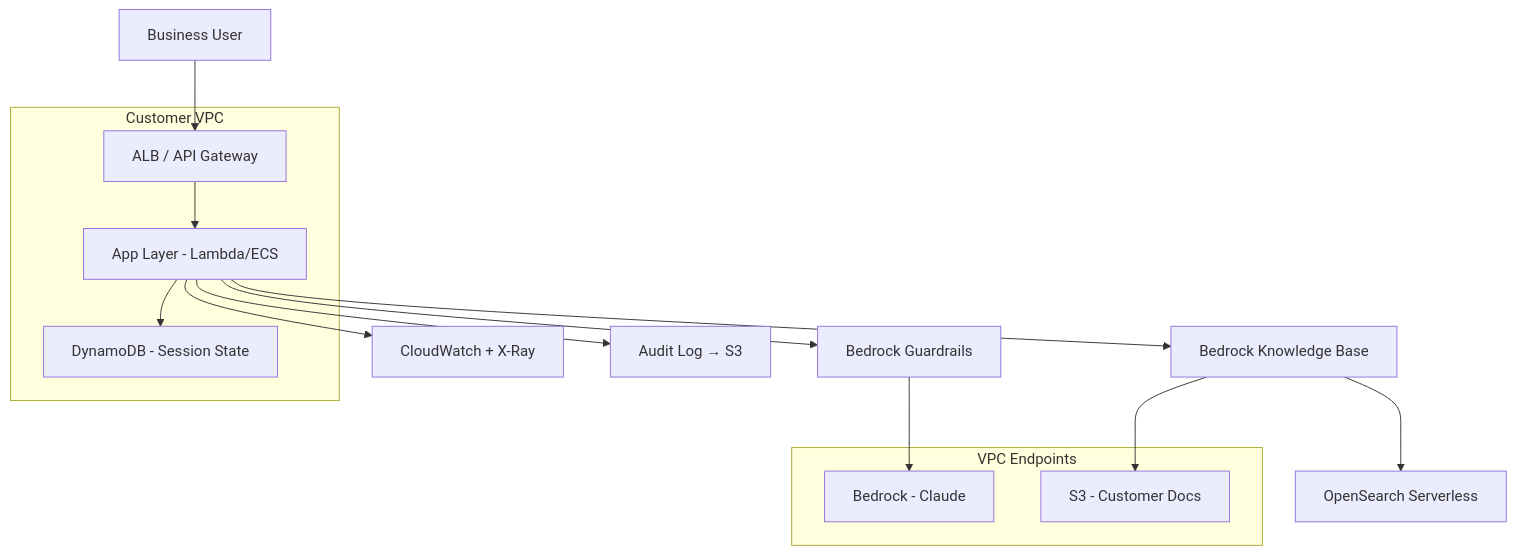
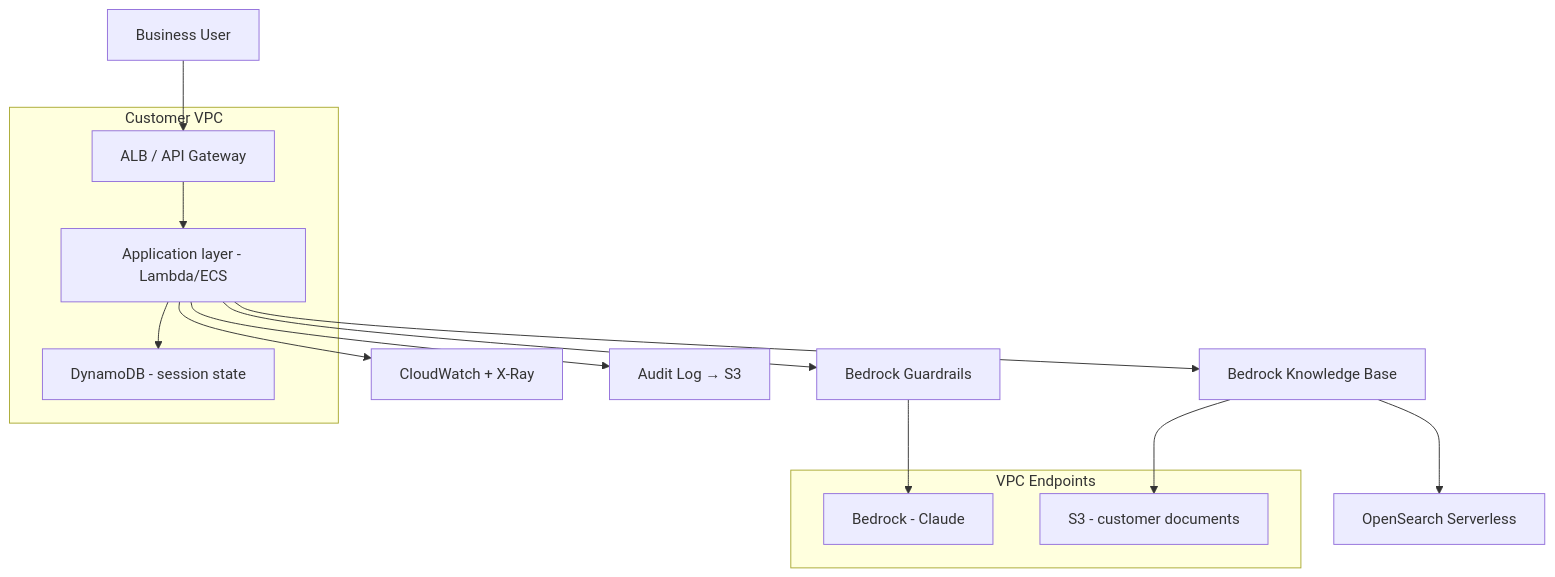
The diagram in en/appendix/appendix-d.md (dawei008/fde-book), drawn with Mermaid before and after one commit. The commit also changed other lines of this file and 7 other files, not shown here.

````diff
--- a/en/appendix/appendix-d.md
+++ b/en/appendix/appendix-d.md
@@ -221,25 +224,25 @@
 ```mermaid
 flowchart TB
     User[Business User] --> ALB[ALB / API Gateway]
-    ALB --> App[App Layer - Lambda/ECS]
+    ALB --> App[Application layer - Lambda/ECS]
     App --> Guard[Bedrock Guardrails]
     Guard --> Bedrock[Bedrock - Claude]
     App --> KB[Bedrock Knowledge Base]
-    KB --> S3[S3 - Customer Docs]
+    KB --> S3[S3 - customer documents]
     KB --> OS[OpenSearch Serverless]
-    App --> DDB[DynamoDB - Session State]
+    App --> DDB[DynamoDB - session state]
     App --> CW[CloudWatch + X-Ray]
     App --> Audit[Audit Log → S3]
     
     subgraph VPC[Customer VPC]
         ALB
         App
         DDB
     end
     
     subgraph Endpoints[VPC Endpoints]
         Bedrock
         S3
         DDB
     end
 ```
````
